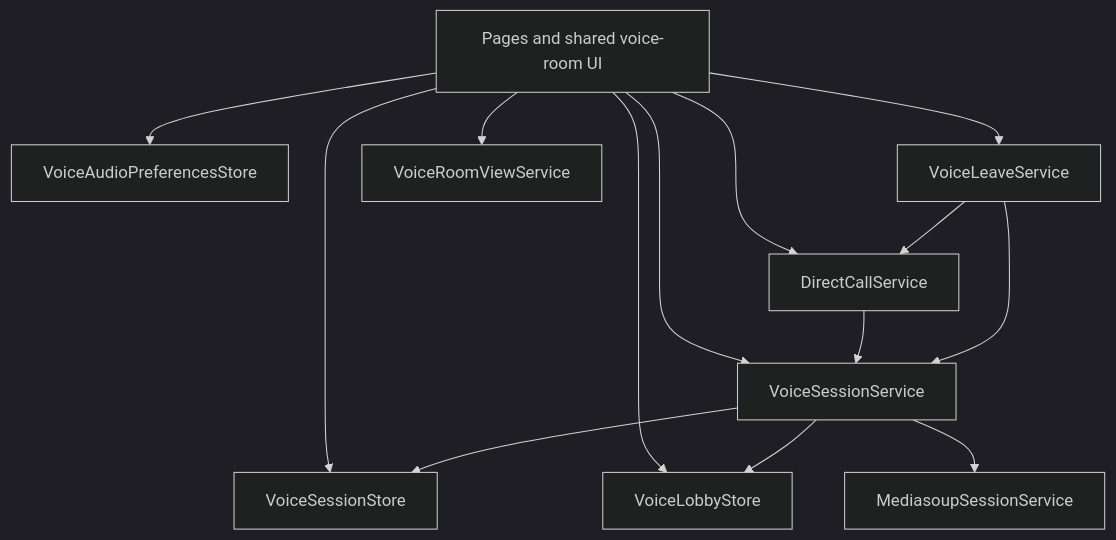
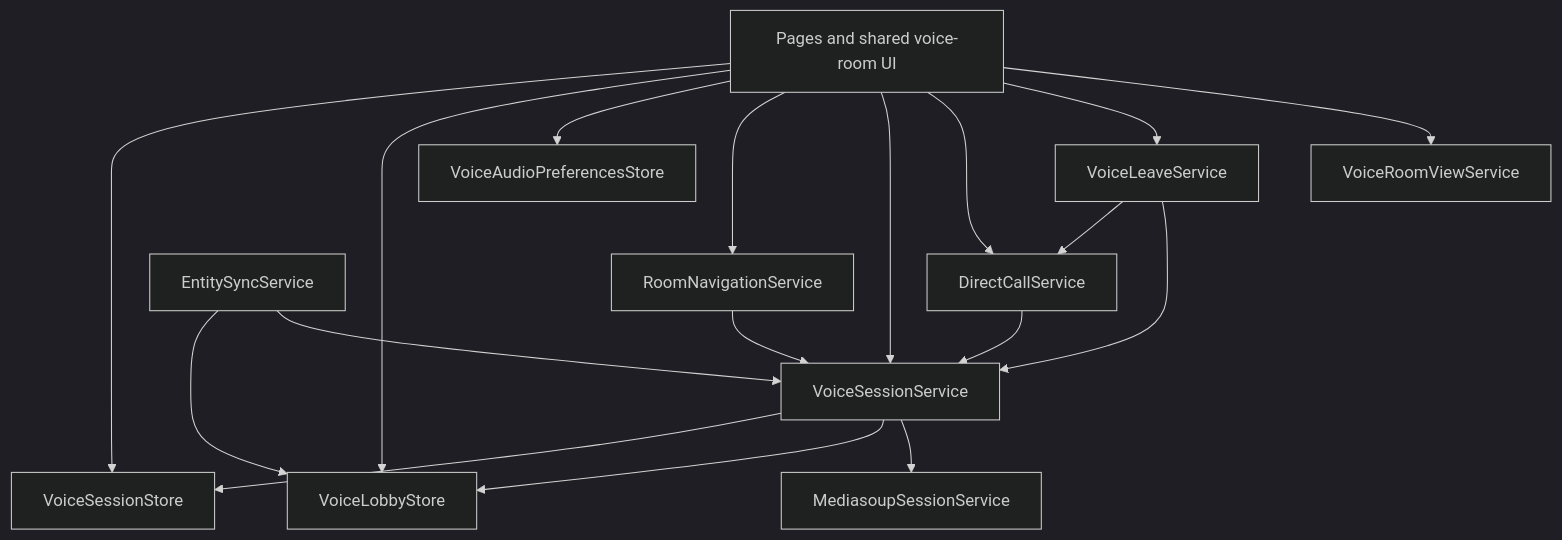
Before and after one commit to Quenary/konvoez: the diagram in docs/frontend/VOICE.md, drawn with Mermaid (dark theme). The commit also changed other lines of this file and 2 other files, not shown here.

Commit message:
docs(frontend): update streaming, voice and agent guides to match current architecture (KON-52)

````diff
--- a/docs/frontend/VOICE.md
+++ b/docs/frontend/VOICE.md
@@ -9,26 +9,32 @@
 ```mermaid
 flowchart TB
   UI[Pages and shared voice-room UI]
   VSS[VoiceSessionStore]
   VLS[VoiceLobbyStore]
   VAP[VoiceAudioPreferencesStore]
+  Nav[RoomNavigationService]
+  Sync[EntitySyncService]
   Session[VoiceSessionService]
   Ms[MediasoupSessionService]
   DC[DirectCallService]
   Leave[VoiceLeaveService]
   View[VoiceRoomViewService]
 
   UI --> VSS
   UI --> VLS
   UI --> VAP
+  UI --> Nav
   UI --> Session
   UI --> DC
   UI --> Leave
   UI --> View
+  Nav --> Session
+  Sync --> VLS
+  Sync --> Session
   DC --> Session
   Session --> VSS
   Session --> VLS
   Session --> Ms
   Leave --> DC
   Leave --> Session
 ```
````
